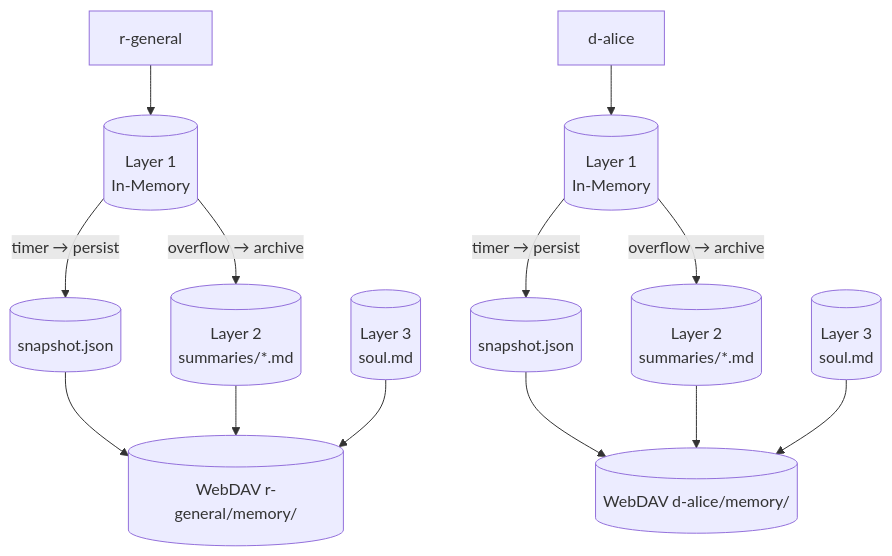
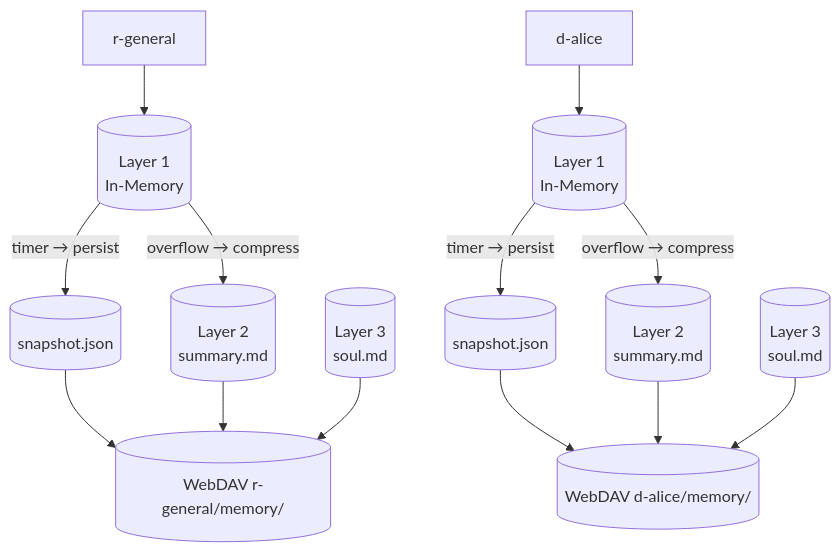
One commit to cosmoswafer/rockbot changed the seventh of 7 diagrams in _dfds/base/memory.md. Above: the diagram before and after it, drawn with Mermaid. The commit also changed other lines of this file and 5 other files, not shown here.

First line of the commit message:
Revise DFDs: replace daily summaries with single summary.md compression

````diff
--- a/_dfds/base/memory.md
+++ b/_dfds/base/memory.md
@@ -264,28 +278,28 @@
 ```mermaid
 flowchart TD
     ROOM_A["r-general"]
     ROOM_B["d-alice"]
     DAV_A[(WebDAV r-general/memory/)]
     DAV_B[(WebDAV d-alice/memory/)]
     L1_A[(Layer 1<br/>In-Memory)]
     L1_B[(Layer 1<br/>In-Memory)]
     SNAP_A[(snapshot.json)]
     SNAP_B[(snapshot.json)]
-    L2_A[(Layer 2<br/>summaries/*.md)]
-    L2_B[(Layer 2<br/>summaries/*.md)]
+    L2_A[(Layer 2<br/>summary.md)]
+    L2_B[(Layer 2<br/>summary.md)]
     L3_A[(Layer 3<br/>soul.md)]
     L3_B[(Layer 3<br/>soul.md)]
 
     ROOM_A --> L1_A
     ROOM_B --> L1_B
-    L1_A -->|"overflow → archive"| L2_A
-    L1_B -->|"overflow → archive"| L2_B
+    L1_A -->|"overflow → compress"| L2_A
+    L1_B -->|"overflow → compress"| L2_B
     L1_A -->|"timer → persist"| SNAP_A
     L1_B -->|"timer → persist"| SNAP_B
     SNAP_A --> DAV_A
     SNAP_B --> DAV_B
     L2_A --> DAV_A
     L2_B --> DAV_B
     L3_A --> DAV_A
     L3_B --> DAV_B
 ```
````
